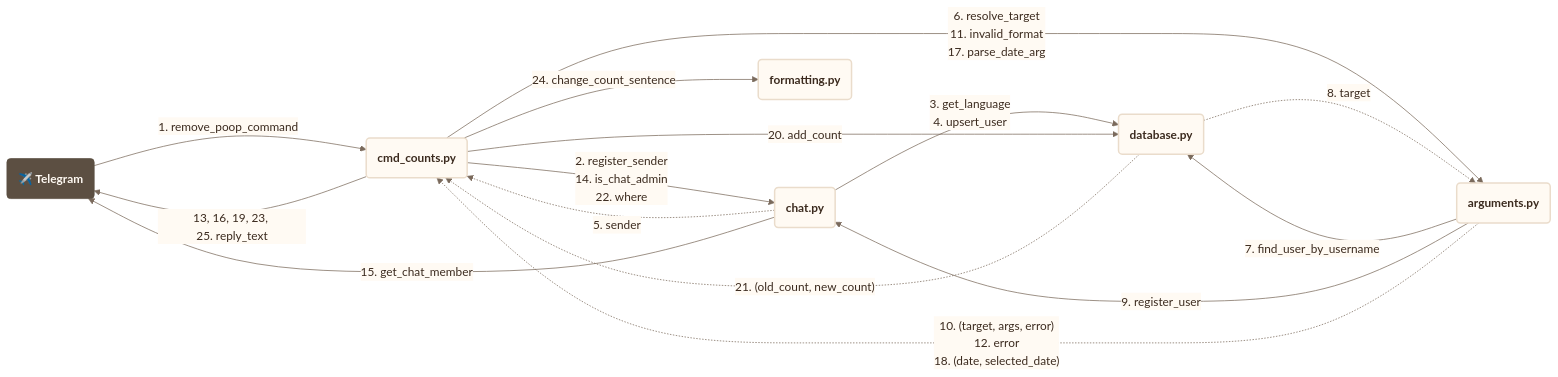
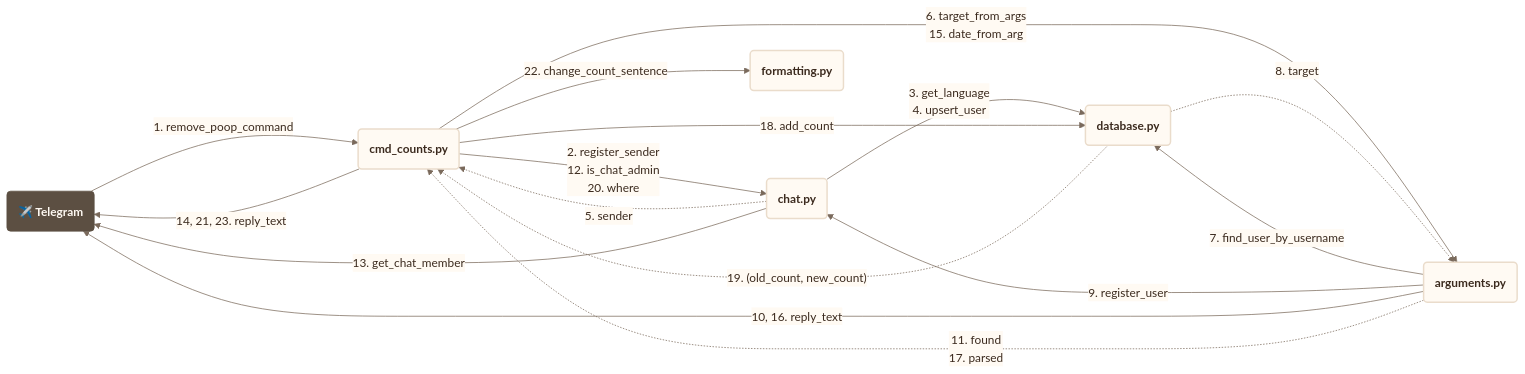
Diagram 25 of 42 in docs/use_cases.md (francescoperrino/Caccometro), drawn with Mermaid before and after one commit. The commit also changed other lines of this file and 9 other files, not shown here.

````diff
--- a/docs/use_cases.md
+++ b/docs/use_cases.md
@@ -2171,61 +2200,62 @@
 ```mermaid
 ---
 config:
   theme: base
   themeVariables:
     fontFamily: "Nunito, Segoe UI, Roboto, sans-serif"
     primaryColor: "#fffaf3"
     primaryTextColor: "#3b2a1e"
     primaryBorderColor: "#eadccb"
     secondaryColor: "#f7ecdc"
     tertiaryColor: "#f3e4d0"
     lineColor: "#7a6a5c"
     textColor: "#3b2a1e"
     edgeLabelBackground: "#fffaf3"
     clusterBkg: "#f3e4d0"
     clusterBorder: "#cbbca9"
     titleColor: "#5c4f42"
     noteBkgColor: "#f7ecdc"
     noteTextColor: "#3b2a1e"
     actorBkg: "#fffaf3"
     actorBorder: "#5c4f42"
     actorTextColor: "#3b2a1e"
     signalColor: "#7a6a5c"
     signalTextColor: "#3b2a1e"
     labelBoxBkgColor: "#f3e4d0"
     loopTextColor: "#3b2a1e"
     sequenceNumberColor: "#fffaf3"
     xyChart:
       plotColorPalette: "#2f4f8f"
   flowchart:
     nodeSpacing: 50
     rankSpacing: 160
 ---
 flowchart LR
     accTitle: Communication diagram, /remove_poop (/togli_cacca)
     accDescr: The modules involved, the functions each one calls in another and what comes back, numbered as in the sequence
     telegram("<b>✈️ Telegram</b>")
     cmd_counts("<b>cmd_counts.py</b>")
     chat("<b>chat.py</b>")
     database("<b>database.py</b>")
     arguments("<b>arguments.py</b>")
     formatting("<b>formatting.py</b>")
     telegram -->|"1.#nbsp;remove_poop_command"| cmd_counts
-    cmd_counts -->|"2.#nbsp;register_sender<br/>14.#nbsp;is_chat_admin<br/>22.#nbsp;where"| chat
+    cmd_counts -->|"2.#nbsp;register_sender<br/>12.#nbsp;is_chat_admin<br/>20.#nbsp;where"| chat
     chat -->|"3.#nbsp;get_language<br/>4.#nbsp;upsert_user"| database
     chat -.->|"5.#nbsp;sender"| cmd_counts
-    cmd_counts -->|"6.#nbsp;resolve_target<br/>11.#nbsp;invalid_format<br/>17.#nbsp;parse_date_arg"| arguments
+    cmd_counts -->|"6.#nbsp;target_from_args<br/>15.#nbsp;date_from_arg"| arguments
     arguments -->|"7.#nbsp;find_user_by_username"| database
     database -.->|"8.#nbsp;target"| arguments
     arguments -->|"9.#nbsp;register_user"| chat
-    arguments -.->|"10.#nbsp;(target, args, error)<br/>12.#nbsp;error<br/>18.#nbsp;(date, selected_date)"| cmd_counts
-    cmd_counts -->|"13, 16, 19, 23, 25.#nbsp;reply_text"| telegram
-    chat -->|"15.#nbsp;get_chat_member"| telegram
-    cmd_counts -->|"20.#nbsp;add_count"| database
-    database -.->|"21.#nbsp;(old_count, new_count)"| cmd_counts
-    cmd_counts -->|"24.#nbsp;change_count_sentence"| formatting
+    arguments -->|"10, 16.#nbsp;reply_text"| telegram
+    arguments -.->|"11.#nbsp;found<br/>17.#nbsp;parsed"| cmd_counts
+    chat -->|"13.#nbsp;get_chat_member"| telegram
+    cmd_counts -->|"14, 21, 23.#nbsp;reply_text"| telegram
+    cmd_counts -->|"18.#nbsp;add_count"| database
+    database -.->|"19.#nbsp;(old_count, new_count)"| cmd_counts
+    cmd_counts -->|"22.#nbsp;change_count_sentence"| formatting
     classDef step fill:#fffaf3,stroke:#eadccb,stroke-width:2px,color:#3b2a1e
     classDef person fill:#5c4f42,stroke:#5c4f42,color:#fffaf3
     class cmd_counts,chat,database,arguments,formatting step
     class telegram person
 ```
````
